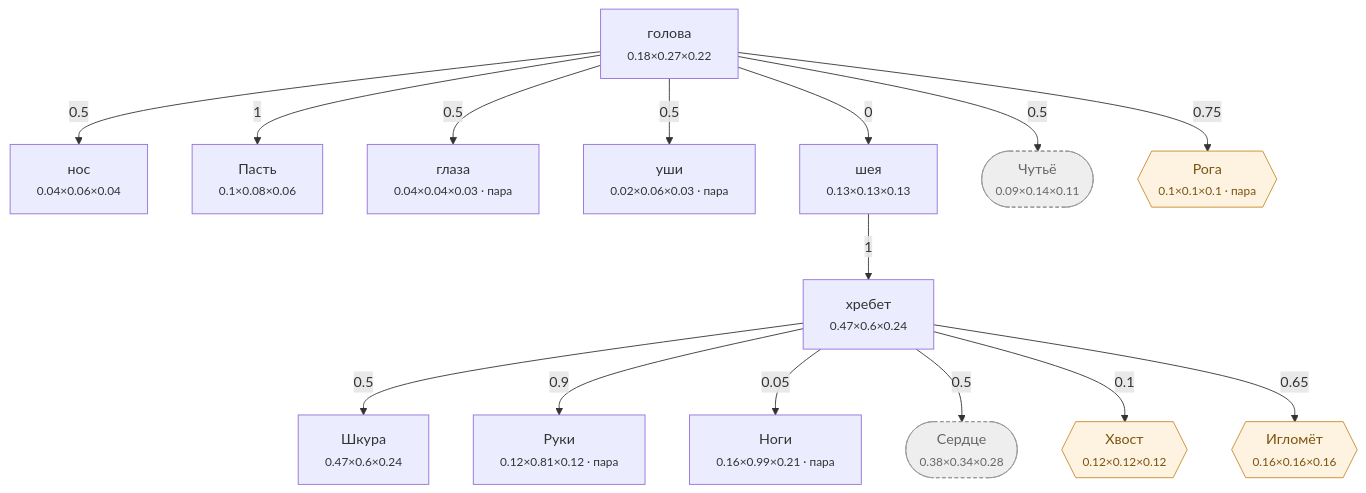
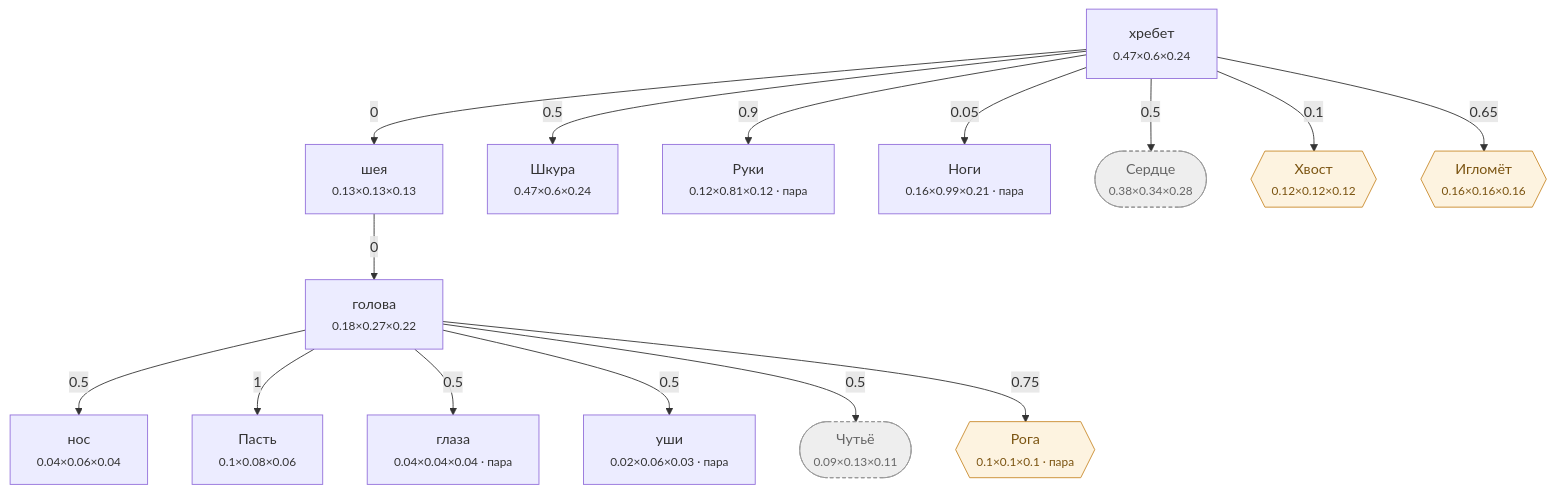
The diagram in Docs/Диаграммы/Человек.md (darklordshish/ChimeraEvolution-2026-06-26_15-29-59), drawn with Mermaid before and after one commit. The commit also changed other lines of this file and 6 other files, not shown here.

````diff
--- a/Docs/Диаграммы/Человек.md
+++ b/Docs/Диаграммы/Человек.md
@@ -103,39 +103,39 @@
 ```mermaid
 flowchart TD
     n0["хребет<br/><small>0.47×0.6×0.24</small>"]
     n1["нос<br/><small>0.04×0.06×0.04</small>"]
     n2["голова<br/><small>0.18×0.27×0.22</small>"]
     n3["Пасть<br/><small>0.1×0.08×0.06</small>"]
-    n4["глаза<br/><small>0.04×0.04×0.03 · пара</small>"]
+    n4["глаза<br/><small>0.04×0.04×0.04 · пара</small>"]
     n5["уши<br/><small>0.02×0.06×0.03 · пара</small>"]
     n6["шея<br/><small>0.13×0.13×0.13</small>"]
     n7["Шкура<br/><small>0.47×0.6×0.24</small>"]
     n8["Руки<br/><small>0.12×0.81×0.12 · пара</small>"]
     n9["Ноги<br/><small>0.16×0.99×0.21 · пара</small>"]
     n10(["Сердце<br/><small>0.38×0.34×0.28</small>"])
-    n11(["Чутьё<br/><small>0.09×0.14×0.11</small>"])
+    n11(["Чутьё<br/><small>0.09×0.13×0.11</small>"])
     n12{{"Хвост<br/><small>0.12×0.12×0.12</small>"}}
     n13{{"Рога<br/><small>0.1×0.1×0.1 · пара</small>"}}
     n14{{"Игломёт<br/><small>0.16×0.16×0.16</small>"}}
 
-    n6 -->|1| n0
     n2 -->|0.5| n1
+    n6 -->|0| n2
     n2 -->|1| n3
     n2 -->|0.5| n4
     n2 -->|0.5| n5
-    n2 -->|0| n6
+    n0 -->|0| n6
     n0 -->|0.5| n7
     n0 -->|0.9| n8
     n0 -->|0.05| n9
     n0 -->|0.5| n10
     n2 -->|0.5| n11
     n0 -->|0.1| n12
     n2 -->|0.75| n13
     n0 -->|0.65| n14
 
     classDef hid fill:#eee,stroke:#999,stroke-dasharray:4 3,color:#666
     classDef gr fill:#fdf3e0,stroke:#c98a2b,color:#7a5310
     classDef ch fill:#e8f2ff,stroke:#3b74c4,color:#1c3f70
     class n10,n11 hid
     class n12,n13,n14 gr
 ```
````
